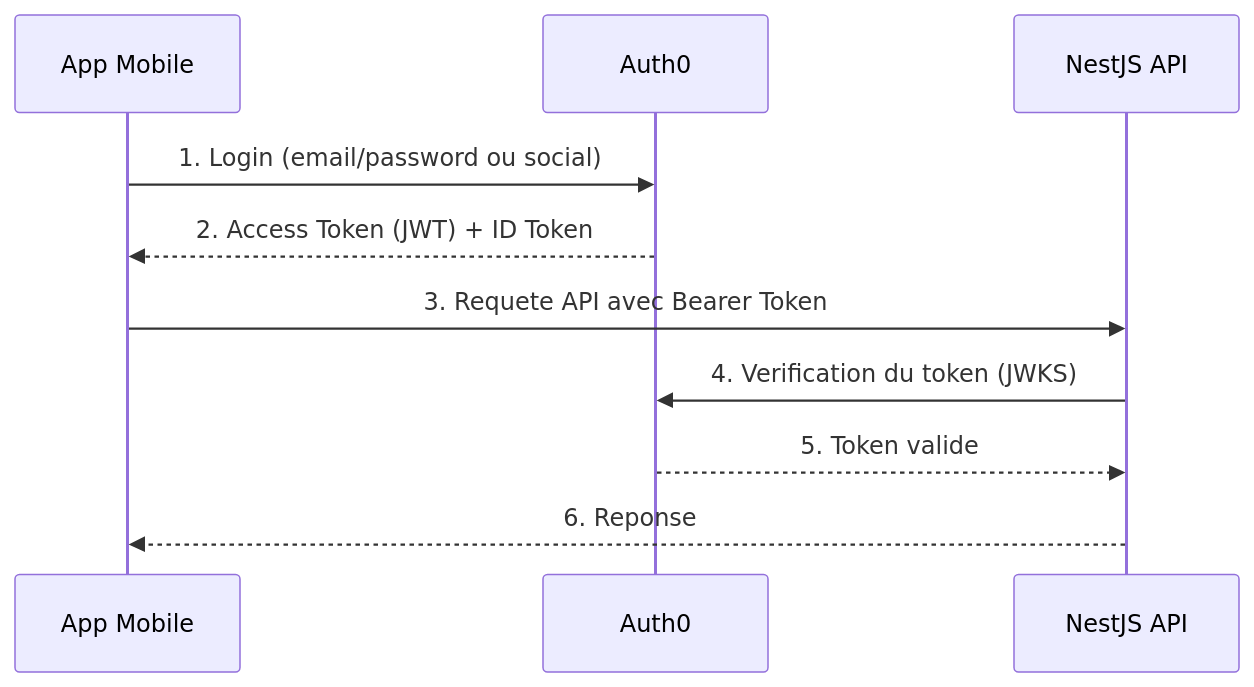
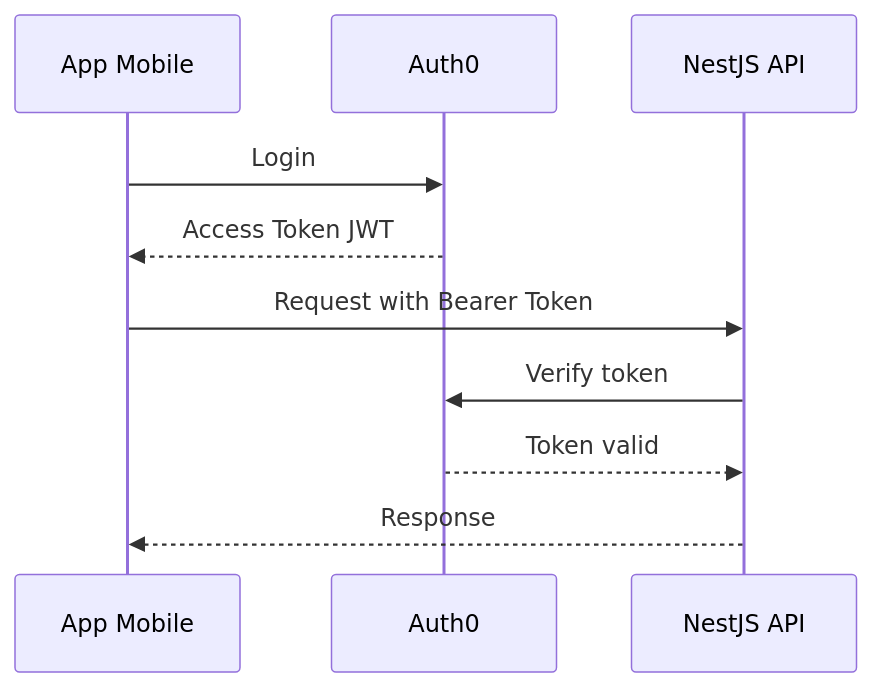
Before and after one commit to CitizenAlert/CitizenAlert: the seventh of 9 diagrams in docs/DAL.md, drawn with Mermaid. The commit also changed other lines of this file and 13 other files, not shown here.

````diff
--- a/docs/DAL.md
+++ b/docs/DAL.md
@@ -462,13 +320,12 @@
 ```mermaid
 sequenceDiagram
     participant M as App Mobile
     participant A as Auth0
     participant API as NestJS API
-
-    M->>A: 1. Login (email/password ou social)
-    A-->>M: 2. Access Token (JWT) + ID Token
-    M->>API: 3. Requete API avec Bearer Token
-    API->>A: 4. Verification du token (JWKS)
-    A-->>API: 5. Token valide
-    API-->>M: 6. Reponse
+    M->>A: Login
+    A-->>M: Access Token JWT
+    M->>API: Request with Bearer Token
+    API->>A: Verify token
+    A-->>API: Token valid
+    API-->>M: Response
 ```
````
